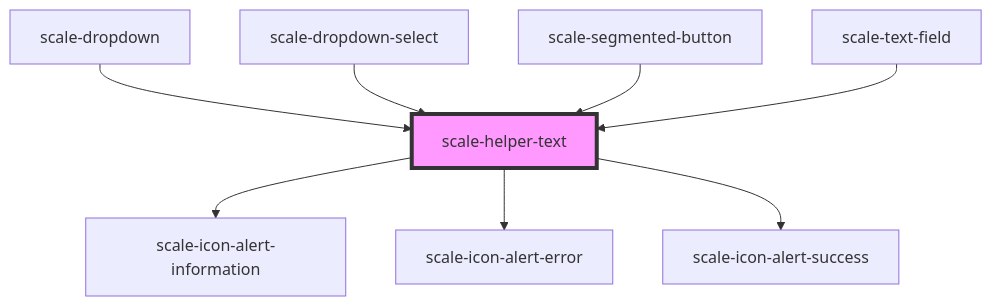
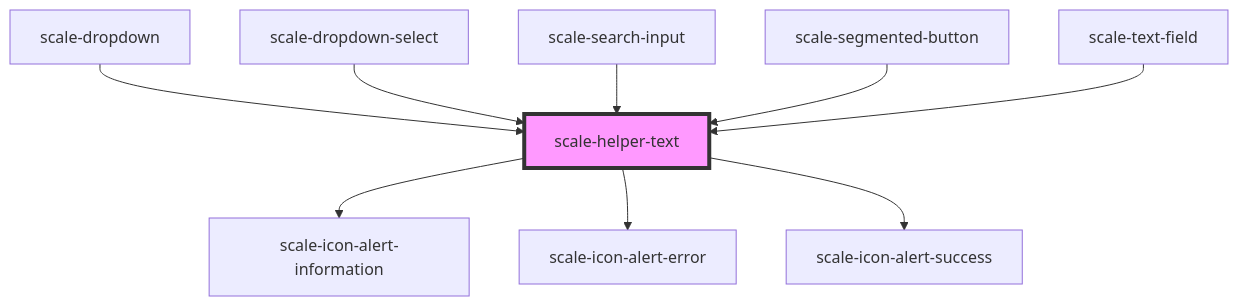
Before and after one commit to telekom/scale: the diagram in packages/components/src/components/helper-text/readme.md, drawn with Mermaid. The commit also changed other lines of this file and 31 other files, not shown here.

````diff
--- a/packages/components/src/components/helper-text/readme.md
+++ b/packages/components/src/components/helper-text/readme.md
@@ -51,11 +52,12 @@
 ```mermaid
 graph TD;
   scale-helper-text --> scale-icon-alert-information
   scale-helper-text --> scale-icon-alert-error
   scale-helper-text --> scale-icon-alert-success
   scale-dropdown --> scale-helper-text
   scale-dropdown-select --> scale-helper-text
+  scale-search-input --> scale-helper-text
   scale-segmented-button --> scale-helper-text
   scale-text-field --> scale-helper-text
   style scale-helper-text fill:#f9f,stroke:#333,stroke-width:4px
 ```
````
